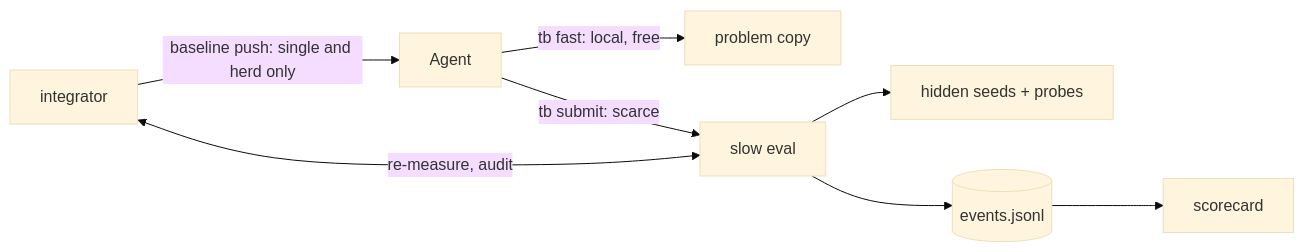
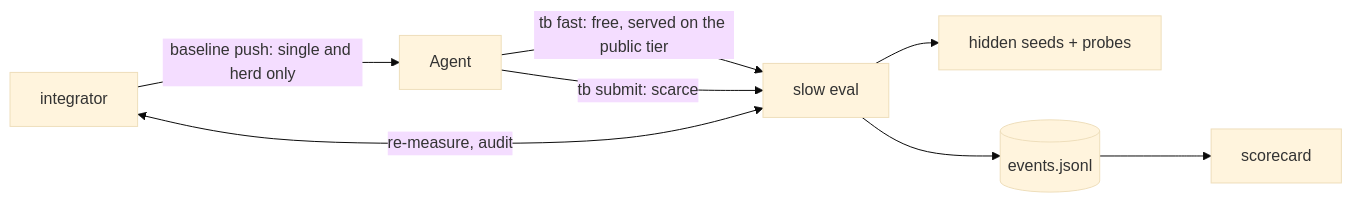
Before and after one commit to minyi-tang/vlah: the diagram in testbed/README.md, drawn with Mermaid (base theme). The commit also changed other lines of this file and 11 other files, not shown here.

First line of the commit message:
Ship problem A's worker copy without the mechanism and workload settings

````diff
--- a/testbed/README.md
+++ b/testbed/README.md
@@ -176,10 +176,10 @@
 ```mermaid
 flowchart LR
-  A[Agent] -->|tb fast: local, free| P[problem copy]
+  A[Agent] -->|tb fast: free, served on the public tier| S
   A -->|tb submit: scarce| S[slow eval]
   S --> H[hidden seeds + probes]
   S --> R[(events.jsonl)]
   I[integrator] <-->|re-measure, audit| S
   I -->|baseline push: single and herd only| A
   R --> C[scorecard]
 ```
````
